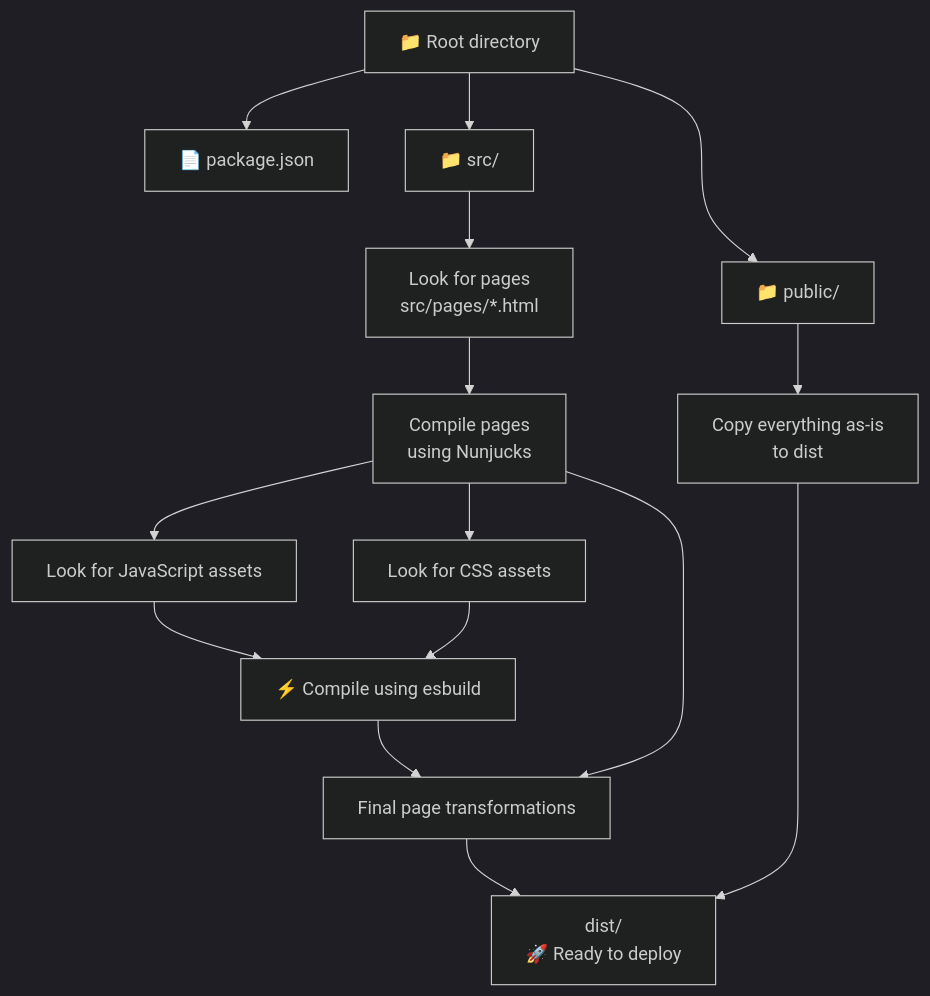
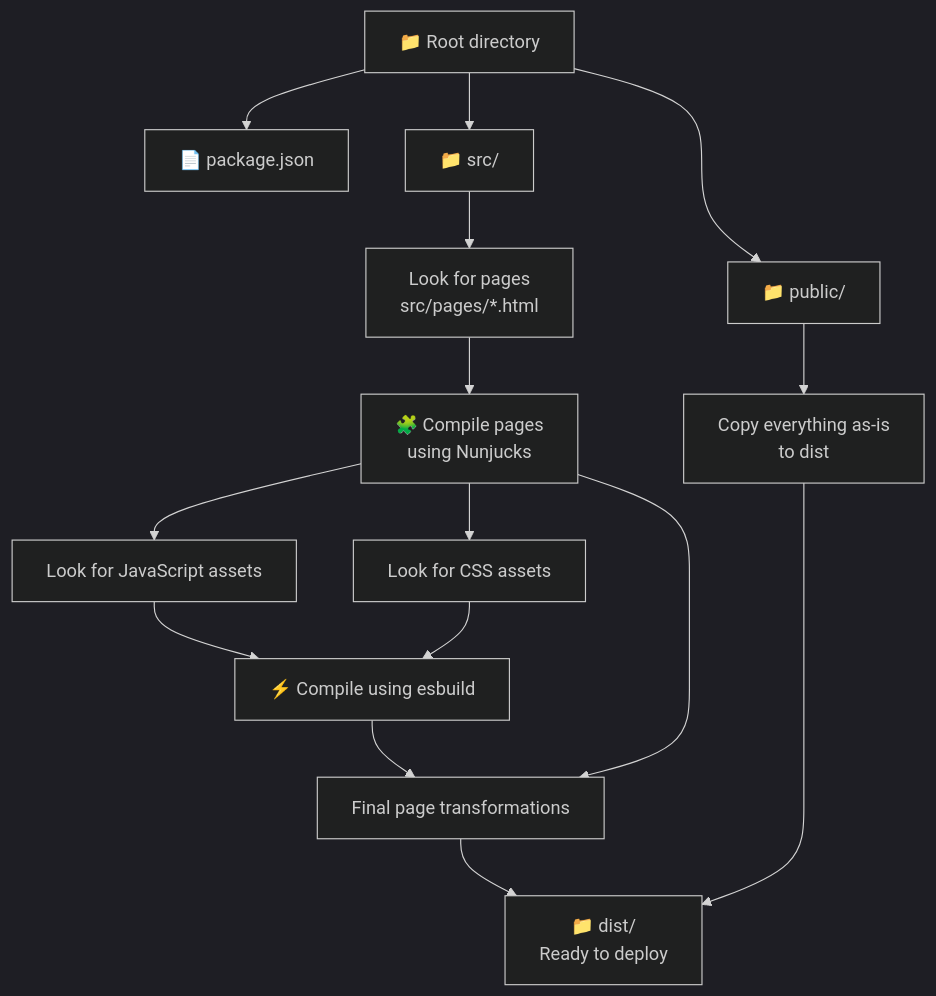
One commit to Athlon1600/makepages changed the diagram in README.md. Above: the diagram before and after it, drawn with Mermaid (dark theme).

````diff
--- a/README.md
+++ b/README.md
@@ -53,19 +53,19 @@
 ```mermaid
 flowchart TD
     A["📁 Root directory"]
     A --> P["📄 package.json"]
     A --> B["📁 src/"]
     A --> C["📁 public/"]
     B ~~~ C
     B --> D["Look for pages<br/>src/pages/*.html"]
-    D --> E["Compile pages<br/>using Nunjucks"]
+    D --> E["🧩 Compile pages<br/>using Nunjucks"]
     E --> F["Look for JavaScript assets"]
     E --> G["Look for CSS assets"]
     F --> H["⚡ Compile using esbuild"]
     G --> H
     H --> I["Final page transformations"]
     E --> I
     C --> J["Copy everything as-is<br/>to dist"]
-    I --> K["dist/<br>🚀 Ready to deploy"]
+    I --> K["📁 dist/<br>Ready to deploy"]
     J --> K
 ```
````
